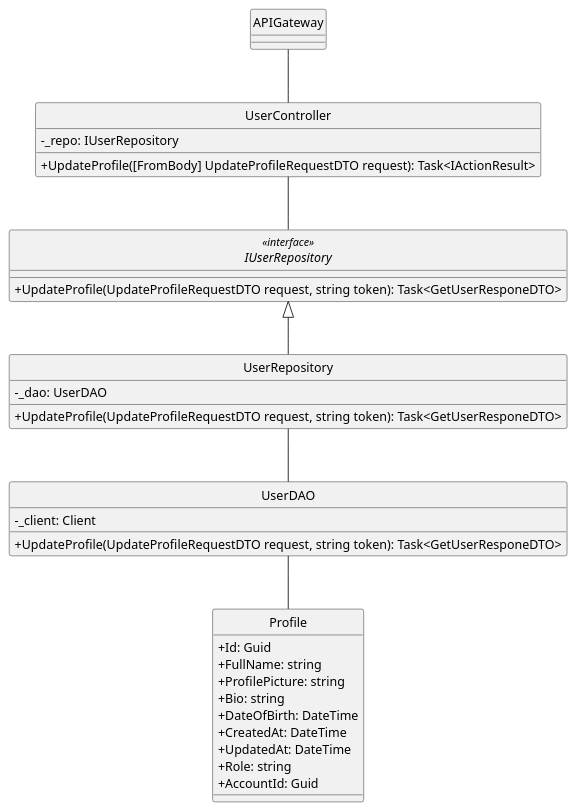
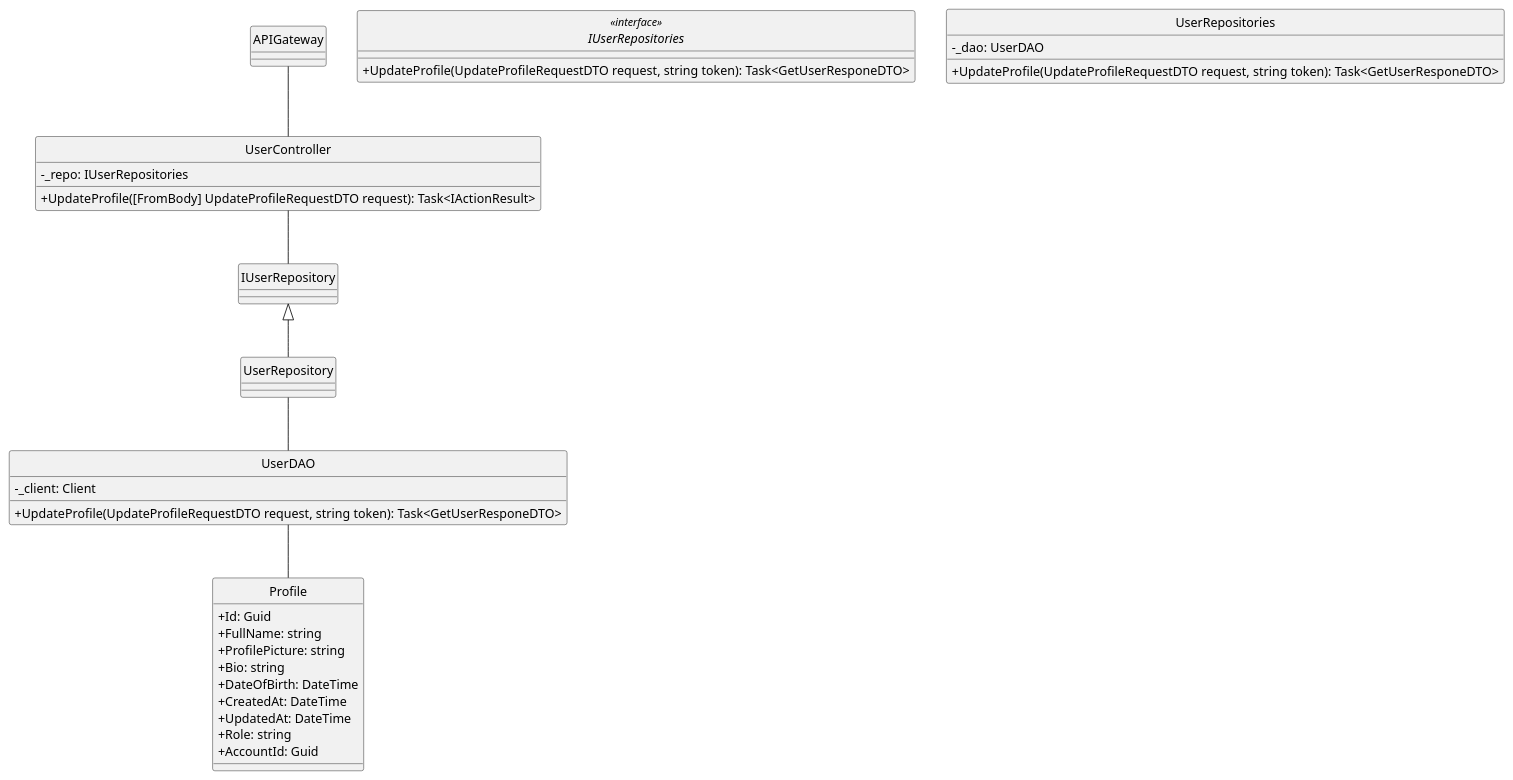
The diagram in docs/ClassDiagram/User/UpdateProfile/UpdateProfile.plantuml (minhnhut23/FPT-OBOMS), drawn with PlantUML before and after one commit. The commit also changed 9 other files, not shown here.

Commit message:
edit diagram auth and user

```diff
--- a/docs/ClassDiagram/User/UpdateProfile/UpdateProfile.plantuml
+++ b/docs/ClassDiagram/User/UpdateProfile/UpdateProfile.plantuml
@@ -1,47 +1,47 @@
 @startuml getUserById
 hide circle
 skinparam classAttributeIconSize 0
 skinparam linetype ortho
 
 class APIGateway {
 }
 
 class UserController{
-    - _repo: IUserRepository
+    - _repo: IUserRepositories
     + UpdateProfile([FromBody] UpdateProfileRequestDTO request): Task<IActionResult>
 }
 
-interface IUserRepository<<interface>> {
+interface IUserRepositories<<interface>> {
     + UpdateProfile(UpdateProfileRequestDTO request, string token): Task<GetUserResponeDTO>
 }
 
-class UserRepository {
+class UserRepositories {
     - _dao: UserDAO
     + UpdateProfile(UpdateProfileRequestDTO request, string token): Task<GetUserResponeDTO>
 }
 
 class UserDAO {
     - _client: Client
     + UpdateProfile(UpdateProfileRequestDTO request, string token): Task<GetUserResponeDTO>
 }
 
 class Profile {
     + Id: Guid
     + FullName: string
     + ProfilePicture: string
     + Bio: string
     + DateOfBirth: DateTime
     + CreatedAt: DateTime
     + UpdatedAt: DateTime
     + Role: string
     + AccountId: Guid
 }
 
 APIGateway -- UserController
 UserController -- IUserRepository 
 IUserRepository <|-- UserRepository
 UserRepository -- UserDAO
 
 UserDAO -- Profile
 
 @enduml
```
